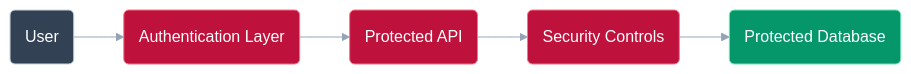
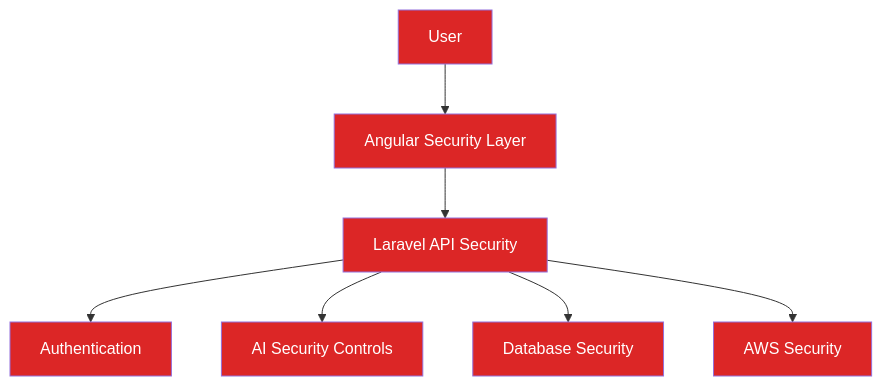
Diagram 18 of 26 in documentation/03-system-architecture.md (kupiMZS/CareerIQ-AI), drawn with Mermaid before and after one commit. The commit also changed other lines of this file and 9 other files, not shown here.

Commit message:
docs: finalize complete system documentation and architecture foundation

````diff
--- a/documentation/03-system-architecture.md
+++ b/documentation/03-system-architecture.md
@@ -1490,54 +2677,46 @@
 ```mermaid
-%%{init:{
-'theme':'base',
-'themeVariables':{
-'fontFamily':'Inter',
-'lineColor':'#94A3B8'
-}
-}}%%
+flowchart TB
 
 
-flowchart LR
+USER["User"]
 
 
-USER("User")
+FRONTEND["Angular Security Layer"]
 
 
-AUTH("Authentication Layer")
+API["Laravel API Security"]
 
 
-API("Protected API")
+AUTH["Authentication"]
 
 
-SECURITY("Security Controls")
+AI["AI Security Controls"]
 
 
-DATABASE("Protected Database")
+DATABASE["Database Security"]
+
+
+CLOUD["AWS Security"]
 
 
 
-USER --> AUTH
+USER --> FRONTEND
 
-AUTH --> API
+FRONTEND --> API
 
-API --> SECURITY
+API --> AUTH
 
-SECURITY --> DATABASE
+API --> AI
+
+API --> DATABASE
+
+API --> CLOUD
 
 
 
-classDef user fill:#334155,stroke:#CBD5E1,color:#FFFFFF;
-
-classDef security fill:#BE123C,stroke:#FB7185,color:#FFFFFF;
-
-classDef database fill:#059669,stroke:#6EE7B7,color:#FFFFFF;
+classDef security fill:#DC2626,color:white;
 
 
-
-class USER user;
-
-class AUTH,API,SECURITY security;
-
-class DATABASE database;
+class USER,FRONTEND,API,AUTH,AI,DATABASE,CLOUD security;
 
 ```
````
